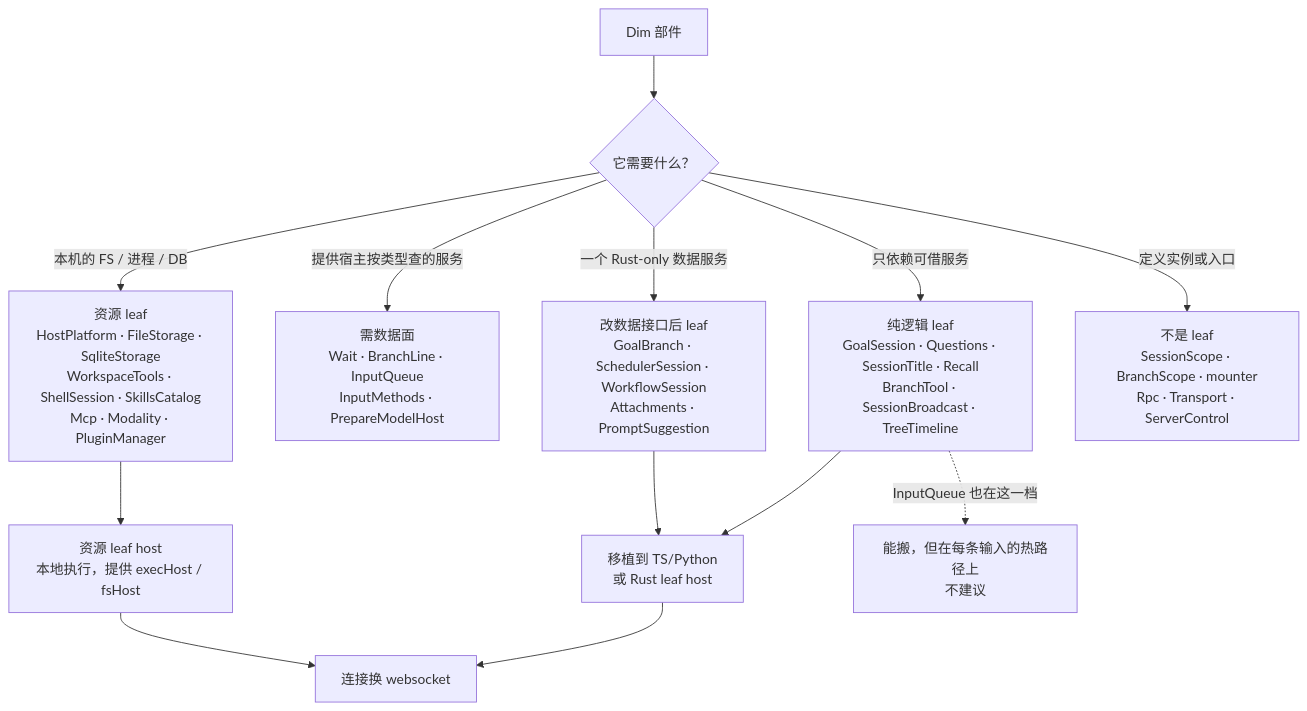
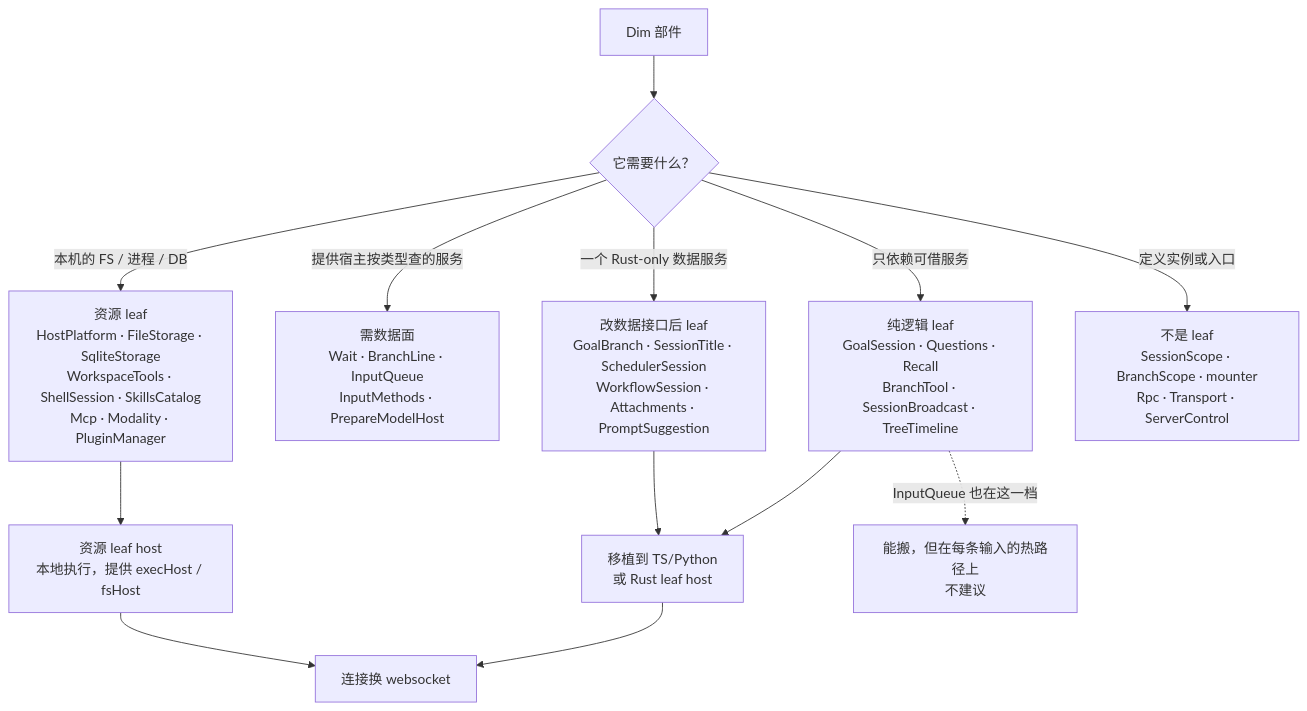
The fourth of 4 diagrams in docs/design/research/remote-plugins.md (CoutinhoTTS/dim-agent), drawn with Mermaid before and after one commit. The commit also changed other lines of this file, not shown here.

First line of the commit message:
docs: keep SessionTitle out of the first leaf batch

````diff
--- a/docs/design/research/remote-plugins.md
+++ b/docs/design/research/remote-plugins.md
@@ -382,15 +384,15 @@
 ```mermaid
 flowchart TB
   ALL["Dim 部件"] --> KIND{"它需要什么？"}
-  KIND -->|"只依赖可借服务"| PURE["纯逻辑 leaf<br/>GoalSession · Questions · SessionTitle · Recall<br/>BranchTool · SessionBroadcast · TreeTimeline"]
+  KIND -->|"只依赖可借服务"| PURE["纯逻辑 leaf<br/>GoalSession · Questions · Recall<br/>BranchTool · SessionBroadcast · TreeTimeline"]
   KIND -->|"提供宿主按类型查的服务"| TYPED["需数据面<br/>Wait · BranchLine · InputQueue<br/>InputMethods · PrepareModelHost"]
-  KIND -->|"一个 Rust-only 数据服务"| FIX["改数据接口后 leaf<br/>GoalBranch · SchedulerSession · WorkflowSession<br/>Attachments · PromptSuggestion"]
+  KIND -->|"一个 Rust-only 数据服务"| FIX["改数据接口后 leaf<br/>GoalBranch · SessionTitle · SchedulerSession<br/>WorkflowSession · Attachments · PromptSuggestion"]
   KIND -->|"本机的 FS / 进程 / DB"| RES["资源 leaf<br/>HostPlatform · FileStorage · SqliteStorage<br/>WorkspaceTools · ShellSession · SkillsCatalog<br/>Mcp · Modality · PluginManager"]
   KIND -->|"定义实例或入口"| HOST["不是 leaf<br/>SessionScope · BranchScope · mounter<br/>Rpc · Transport · ServerControl"]
   PURE --> PORT["移植到 TS/Python<br/>或 Rust leaf host"]
   FIX --> PORT
   RES --> RL["资源 leaf host<br/>本地执行，提供 execHost / fsHost"]
   PORT --> REMOTE["连接换 websocket"]
   RL --> REMOTE
   PURE -.->|"InputQueue 也在这一档"| HOT["能搬，但在每条输入的热路径上<br/>不建议"]
 ```
````
